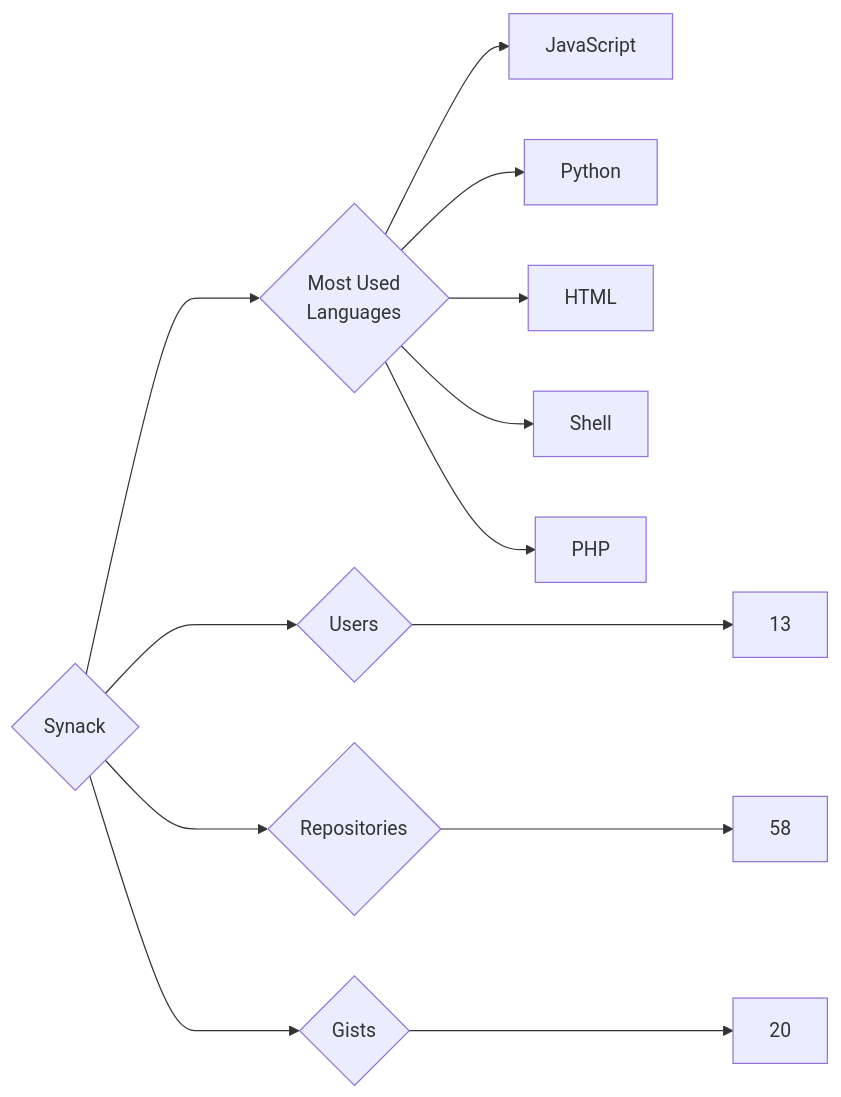
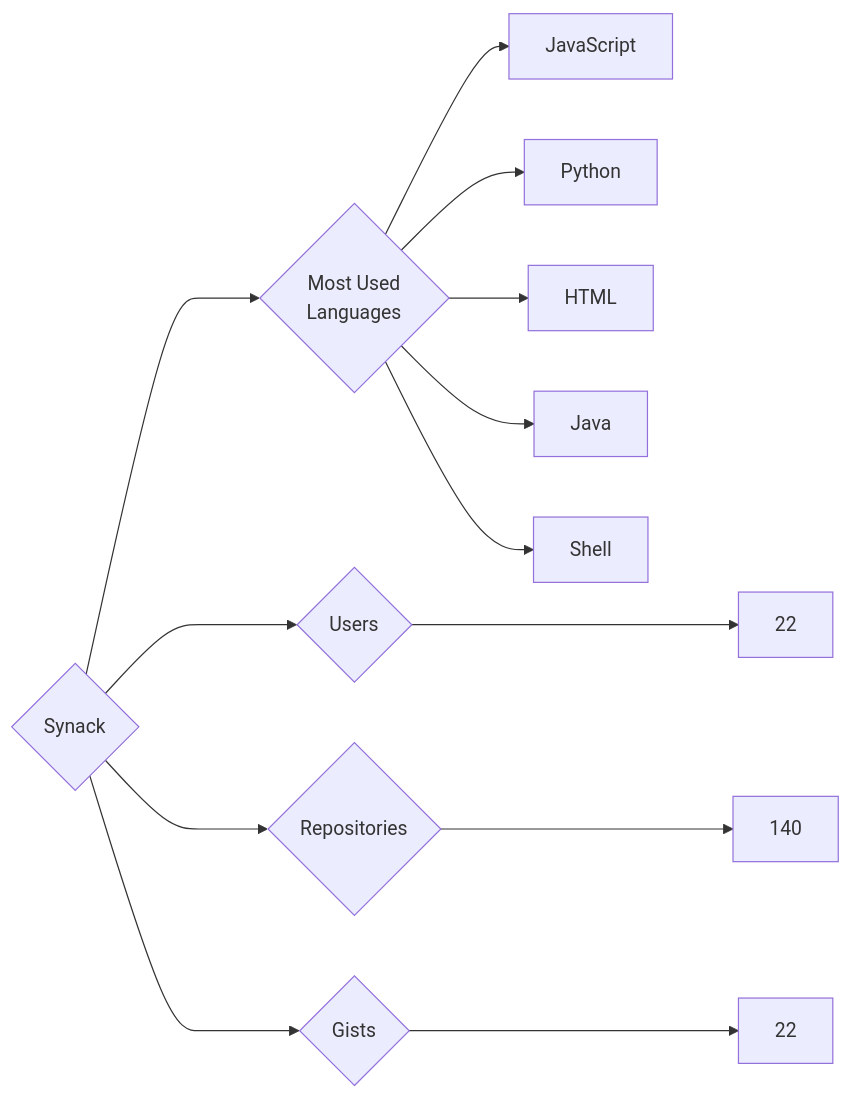
Before and after one commit to trickest/insiders: the diagram in targets/Synack/README.md, drawn with Mermaid. The commit also changed 973 other files, not shown here.

````diff
--- a/targets/Synack/README.md
+++ b/targets/Synack/README.md
@@ -3,13 +3,13 @@
 ```mermaid
 graph LR
 COMPANY_NAME{Synack}
-COMPANY_NAME ---> U{Users} ---> UN[13]
-COMPANY_NAME ---> R{Repositories} ---> RN[58]
-COMPANY_NAME ---> G{Gists} ---> GN[20]
+COMPANY_NAME ---> U{Users} ---> UN[22]
+COMPANY_NAME ---> R{Repositories} ---> RN[140]
+COMPANY_NAME ---> G{Gists} ---> GN[22]
 COMPANY_NAME ---> ML{Most Used<br>Languages}
 ML --> JavaScript[JavaScript]
 ML --> Python[Python]
 ML --> HTML[HTML]
+ML --> Java[Java]
 ML --> Shell[Shell]
-ML --> PHP[PHP]
 ```
````
